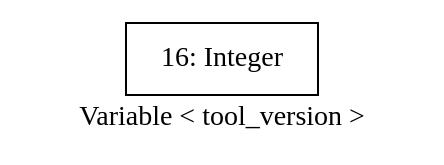
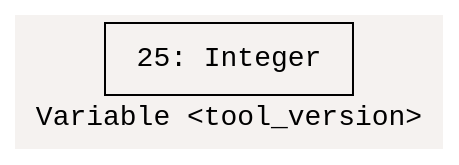
One commit to ZJxyo/PythonVarTypeAnalysisTool changed the diagram in output/flowchart/flowchart_boo(arg0,arg1)_tool_version.gv. Above: the diagram before and after it, drawn with Graphviz. The commit also changed 95 other files, not shown here.

```diff
--- a/output/flowchart/flowchart_boo(arg0,arg1)_tool_version.gv
+++ b/output/flowchart/flowchart_boo(arg0,arg1)_tool_version.gv
@@ -1,5 +1,8 @@
 digraph {
-	label="Variable < tool_version >"
+	label="Variable <tool_version>"
+	bgcolor="#f5f2f0"
 	node [shape=box]
-	16 [label="16: Integer"]
+	node [fontname="Consolas,Monaco,'Andale Mono','Ubuntu Mono',monospace"]
+	fontname="Consolas,Monaco,'Andale Mono','Ubuntu Mono',monospace"
+	25 [label=" 25: Integer "]
 }
```
